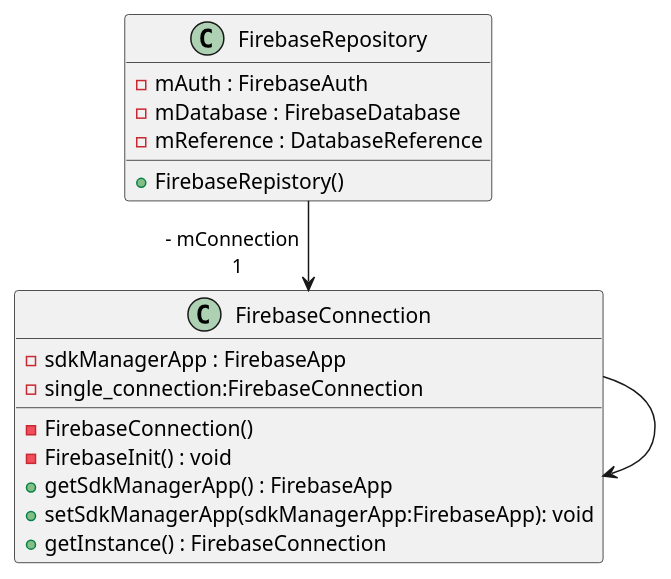
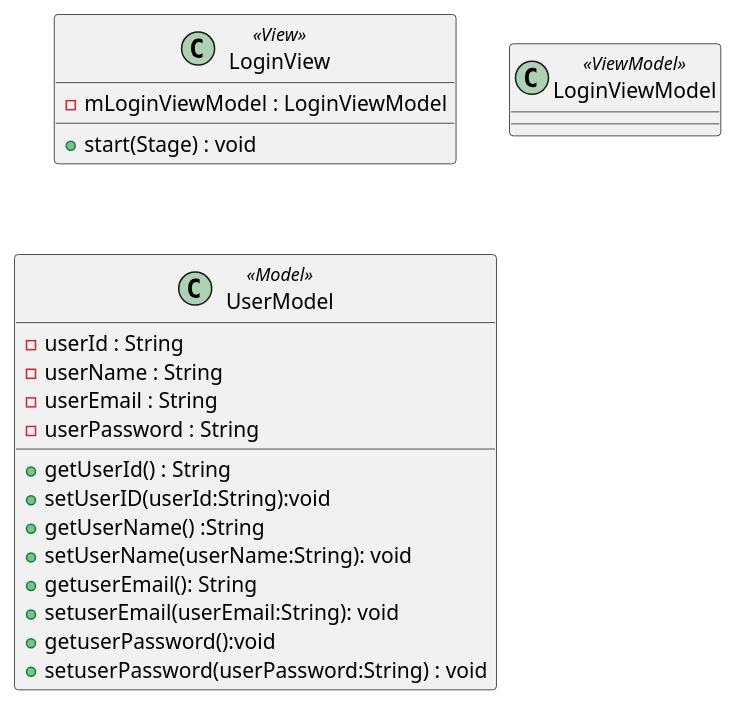
One commit to aialmohamed/SDK_Manager changed the diagram in Documents/UML/Login.wsd. Above: the diagram before and after it, drawn with PlantUML. The commit also changed 9 other files, not shown here.

Commit message:
Added Login view

```diff
--- a/Documents/UML/Login.wsd
+++ b/Documents/UML/Login.wsd
@@ -1,27 +1,28 @@
-@startuml "FirebaseSDKManager"
+@startuml "Login"
+
+class "LoginView" <<View>>{
+    - mLoginViewModel : LoginViewModel
+    + start(Stage) : void
+}
+class "LoginViewModel" <<ViewModel>>{
+
+}
+
+class UserModel <<Model>> {
+    - userId : String
+    - userName : String
+    - userEmail : String
+    - userPassword : String
+
+    + getUserId() : String
+    + setUserID(userId:String):void
+    + getUserName() :String
+    + setUserName(userName:String): void
+    + getuserEmail(): String
+    + setuserEmail(userEmail:String): void
+    + getuserPassword():void
+    + setuserPassword(userPassword:String) : void
+}
 
 
-class "FirebaseConnection" as class1 {
-
-- sdkManagerApp : FirebaseApp
-- single_connection:FirebaseConnection
-
-- FirebaseConnection()
-- FirebaseInit() : void
-+ getSdkManagerApp() : FirebaseApp
-+ setSdkManagerApp(sdkManagerApp:FirebaseApp): void
-+ getInstance() : FirebaseConnection
-}
-
-class "FirebaseRepository" as class2 {
-    - mAuth : FirebaseAuth
-    - mDatabase : FirebaseDatabase
-    - mReference : DatabaseReference
-
-    + FirebaseRepistory()
-}
-
-class2-->"- mConnection \n 1"class1
-class1 --> class1
-
-@enduml 
+@enduml
```
